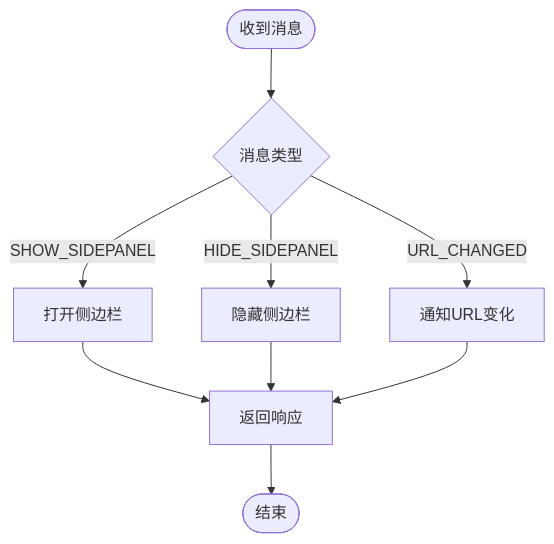
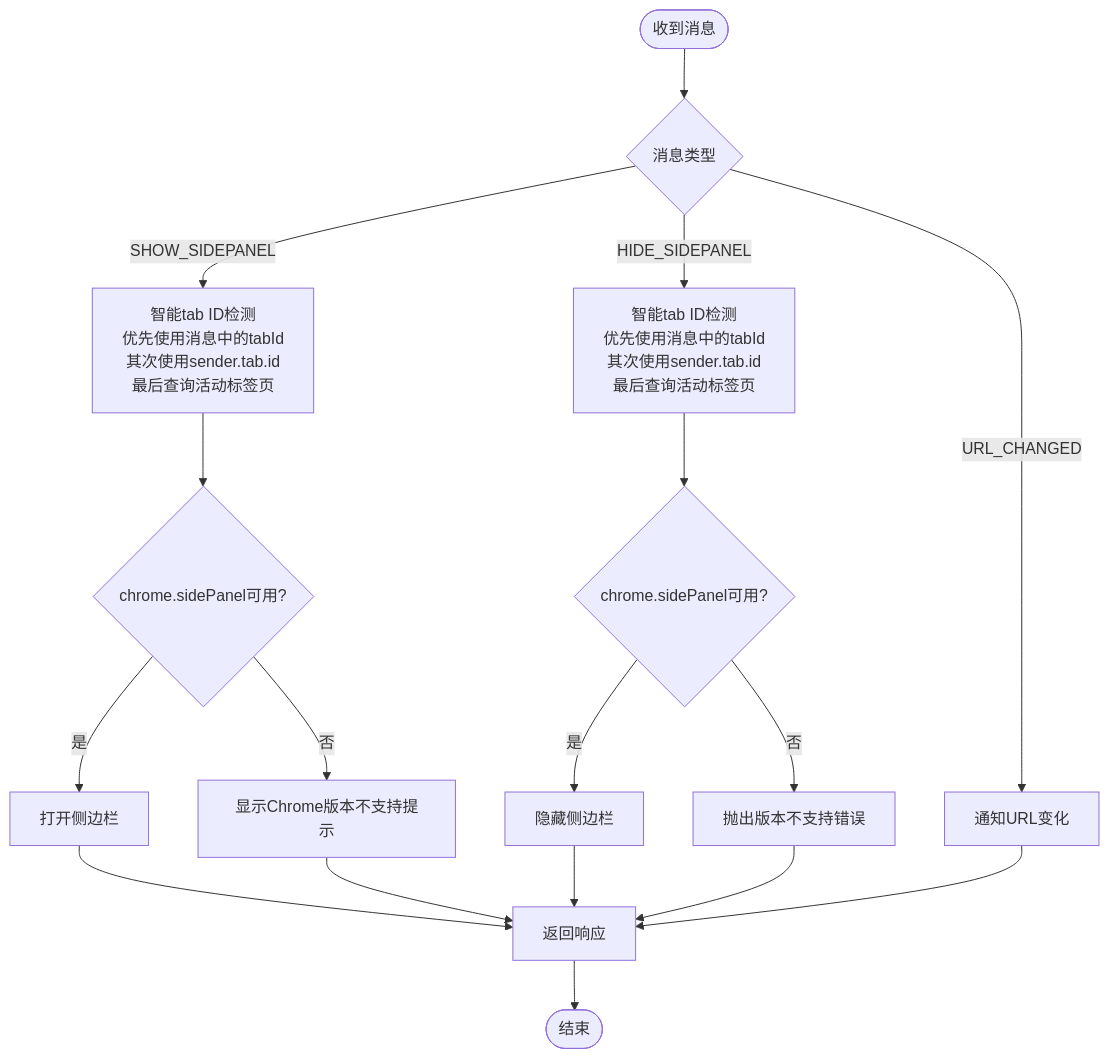
Before and after one commit to liaolongdong/account-password-helper: the fourth of 6 diagrams in .qoder/repowiki/zh/content/扩展入口点/扩展入口点.md, drawn with Mermaid. The commit also changed other lines of this file and 23 other files, not shown here.

````diff
--- a/.qoder/repowiki/zh/content/扩展入口点/扩展入口点.md
+++ b/.qoder/repowiki/zh/content/扩展入口点/扩展入口点.md
@@ -146,11 +192,19 @@
 ```mermaid
 flowchart TD
 Start(["收到消息"]) --> Type{"消息类型"}
-Type --> |SHOW_SIDEPANEL| Show["打开侧边栏"]
-Type --> |HIDE_SIDEPANEL| Hide["隐藏侧边栏"]
+Type --> |SHOW_SIDEPANEL| Show["智能tab ID检测<br/>优先使用消息中的tabId<br/>其次使用sender.tab.id<br/>最后查询活动标签页"]
+Show --> API{"chrome.sidePanel可用?"}
+API --> |是| Open["打开侧边栏"]
+API --> |否| Alert["显示Chrome版本不支持提示"]
+Open --> Resp["返回响应"]
+Alert --> Resp
+Type --> |HIDE_SIDEPANEL| Hide["智能tab ID检测<br/>优先使用消息中的tabId<br/>其次使用sender.tab.id<br/>最后查询活动标签页"]
+Hide --> API2{"chrome.sidePanel可用?"}
+API2 --> |是| Close["隐藏侧边栏"]
+API2 --> |否| Error["抛出版本不支持错误"]
+Close --> Resp
+Error --> Resp
 Type --> |URL_CHANGED| Url["通知URL变化"]
-Show --> Resp["返回响应"]
-Hide --> Resp
 Url --> Resp
 Resp --> End(["结束"])
 ```
````
